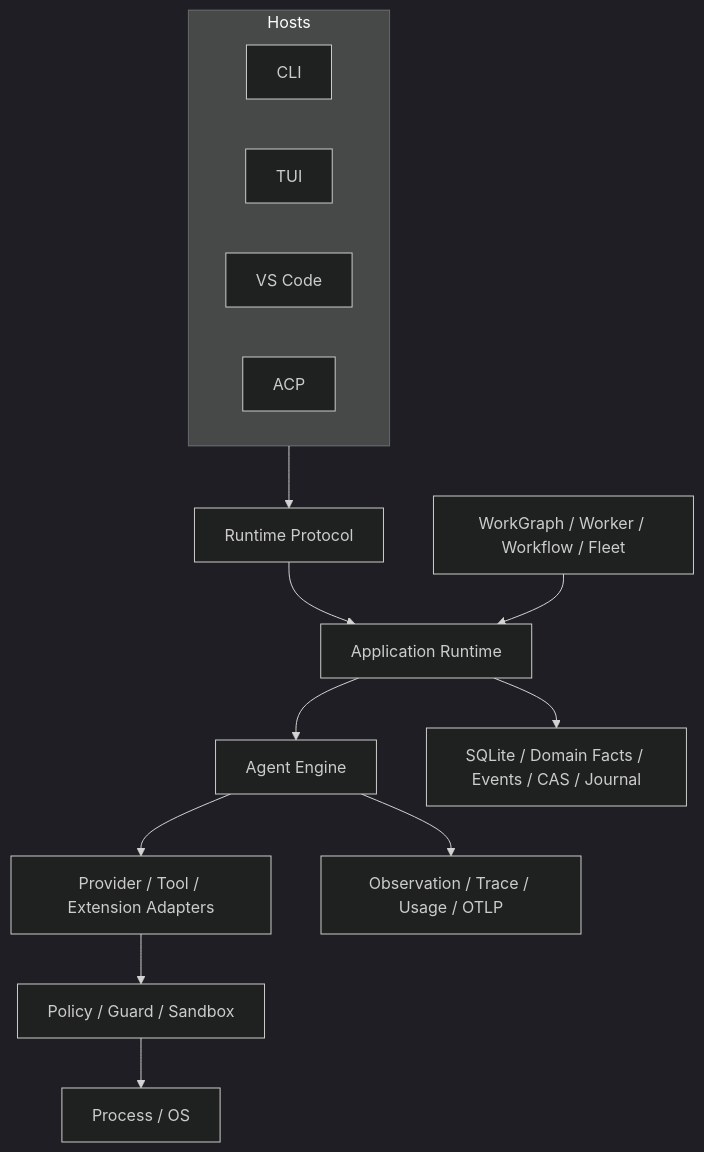
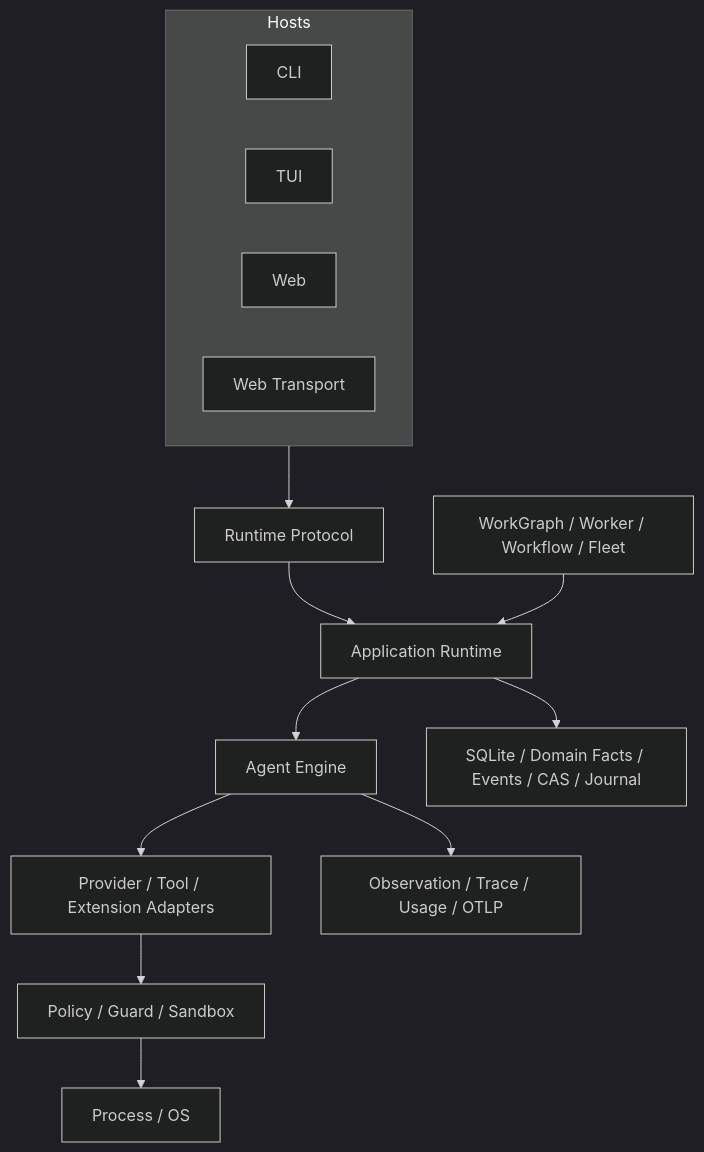
Before and after one commit to fwtllh-png/CodeHelper: the diagram in docs/book/zh-CN/02-codehelper-overview/02-system-architecture.md, drawn with Mermaid (dark theme). The commit also changed other lines of this file and 439 other files, not shown here.

````diff
--- a/docs/book/zh-CN/02-codehelper-overview/02-system-architecture.md
+++ b/docs/book/zh-CN/02-codehelper-overview/02-system-architecture.md
@@ -75,24 +75,24 @@
 ```mermaid
 flowchart TB
     subgraph Hosts
       CLI
       TUI
-      VSC[VS Code]
-      API[ACP]
+      VSC[Web]
+      API[Web Transport]
     end
     P[Runtime Protocol]
     APP[Application Runtime]
     ENG[Agent Engine]
     ADP[Provider / Tool / Extension Adapters]
     SEC[Policy / Guard / Sandbox]
     ORC[WorkGraph / Worker / Workflow / Fleet]
     PER[SQLite / Domain Facts / Events / CAS / Journal]
     OBS[Observation / Trace / Usage / OTLP]
     PLT[Process / OS]
     Hosts --> P --> APP --> ENG
     ENG --> ADP
     ADP --> SEC --> PLT
     APP --> PER
     ENG --> OBS
     ORC --> APP
 ```
````
